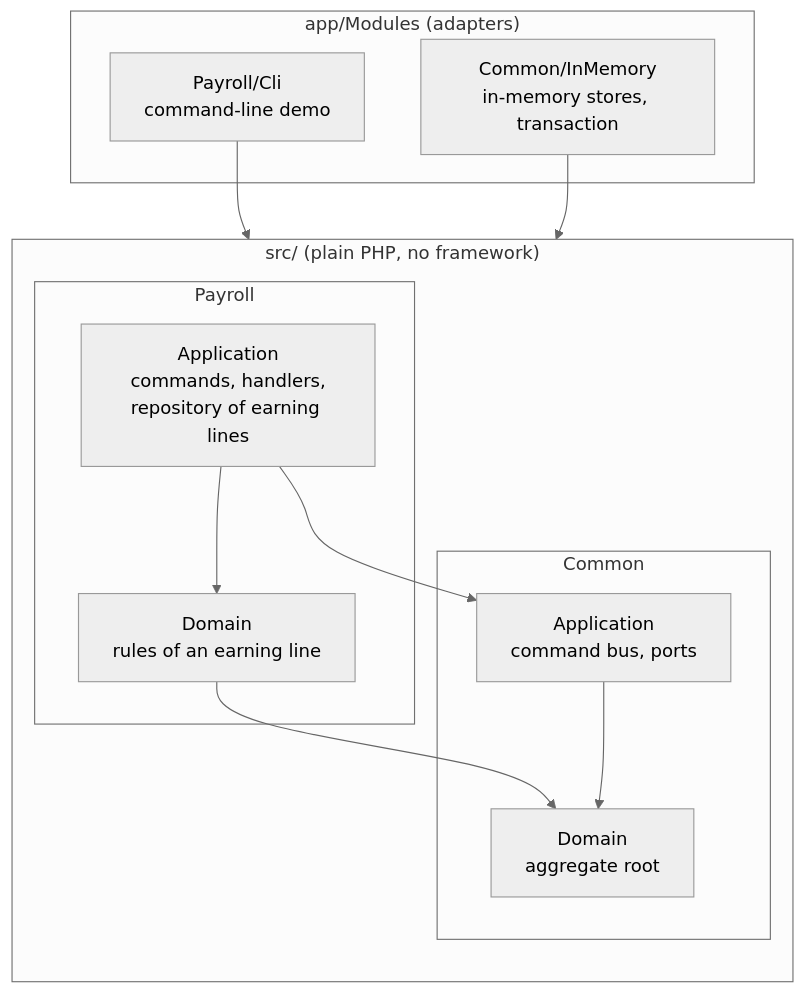
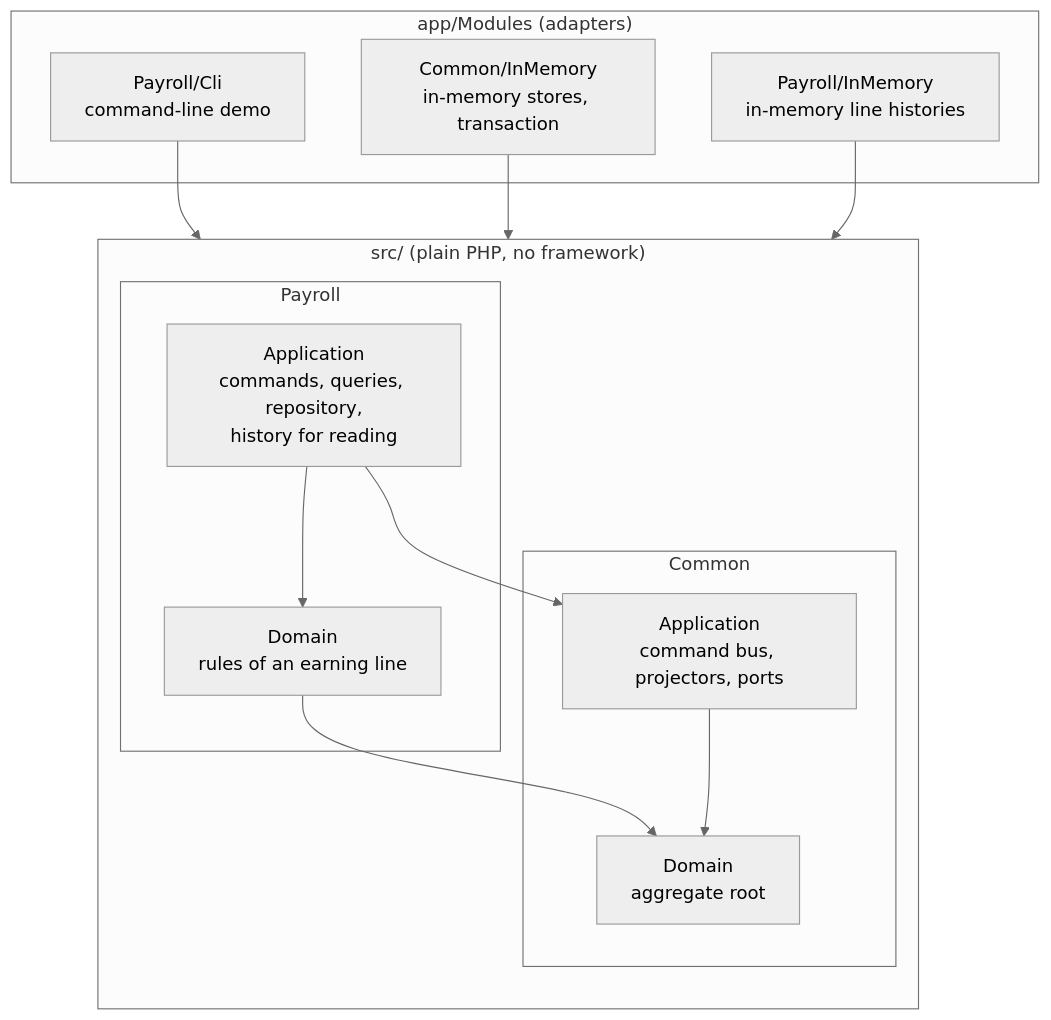
Before and after one commit to ddmytruk/line: the diagram in docs/architecture.md, drawn with Mermaid (neutral theme). The commit also changed other lines of this file and 33 other files, not shown here.

First line of the commit message:
feat(payroll): line history for reading with drift

````diff
--- a/docs/architecture.md
+++ b/docs/architecture.md
@@ -7,24 +7,26 @@
 ```mermaid
 flowchart TB
     subgraph src["src/ (plain PHP, no framework)"]
         direction TB
         subgraph payroll["Payroll"]
-            pa["Application<br/>commands, handlers,<br/>repository of earning lines"]
+            pa["Application<br/>commands, queries, repository,<br/>history for reading"]
             pd["Domain<br/>rules of an earning line"]
         end
         subgraph common["Common"]
-            ca["Application<br/>command bus, ports"]
+            ca["Application<br/>command bus, projectors, ports"]
             cd["Domain<br/>aggregate root"]
         end
     end
     subgraph app["app/Modules (adapters)"]
         cli["Payroll/Cli<br/>command-line demo"]
         mem["Common/InMemory<br/>in-memory stores, transaction"]
+        pmem["Payroll/InMemory<br/>in-memory line histories"]
     end
     cli --> pd
     mem --> ca
+    pmem --> pa
     pa --> pd
     pa --> ca
     pd --> cd
     ca --> cd
 ```
````
